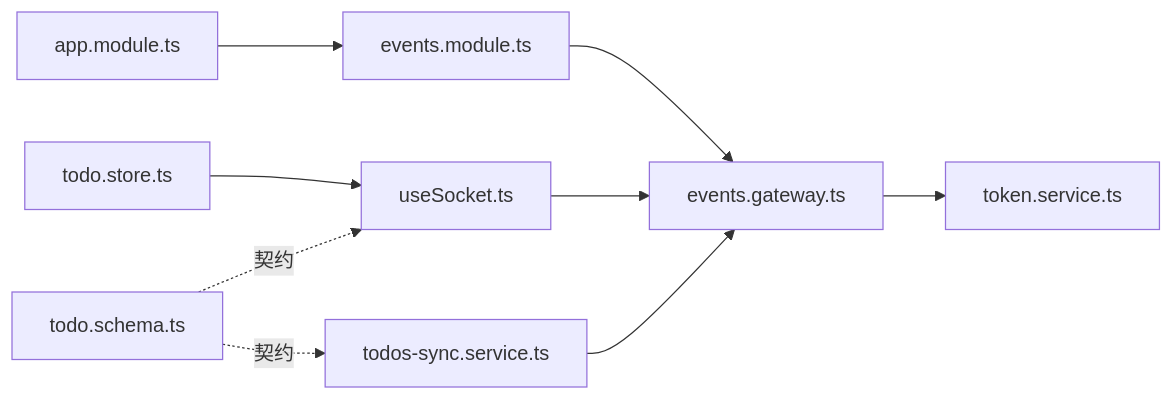
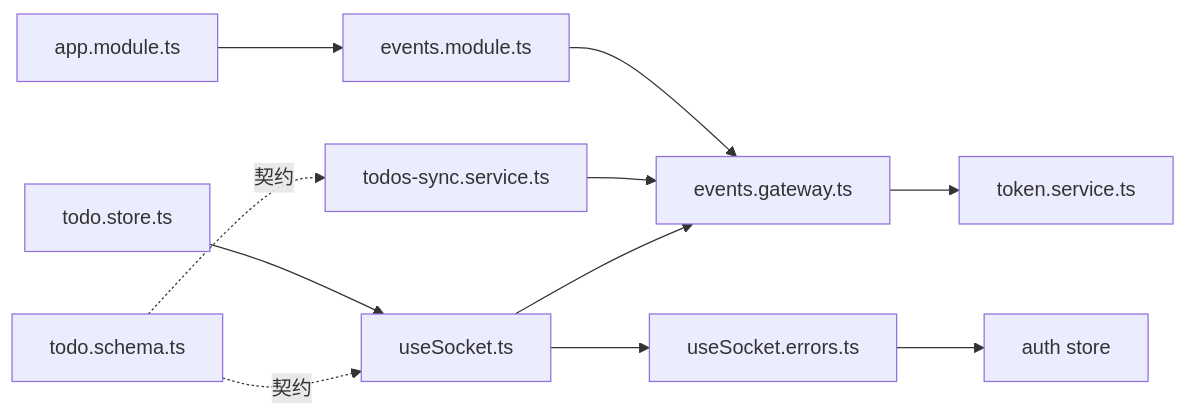
Before and after one commit to xixixiaoyu/Todo: the seventh of 7 diagrams in .qoder/repowiki/zh/content/架构设计/实时通信架构.md, drawn with Mermaid. The commit also changed other lines of this file and 6 other files, not shown here.

````diff
--- a/.qoder/repowiki/zh/content/架构设计/实时通信架构.md
+++ b/.qoder/repowiki/zh/content/架构设计/实时通信架构.md
@@ -334,11 +384,13 @@
 ```mermaid
 graph LR
 AM["app.module.ts"] --> EM["events.module.ts"]
 EM --> GW["events.gateway.ts"]
 GW --> TS["token.service.ts"]
 TSYNC["todos-sync.service.ts"] --> GW
 USOCK["useSocket.ts"] --> GW
+USOCK --> ERRORS["useSocket.errors.ts"]
+ERRORS --> AUTH["auth store"]
 TSTORE["todo.store.ts"] --> USOCK
 SCHEMA["todo.schema.ts"] -. 契约 .-> USOCK
 SCHEMA -. 契约 .-> TSYNC
 ```
````
